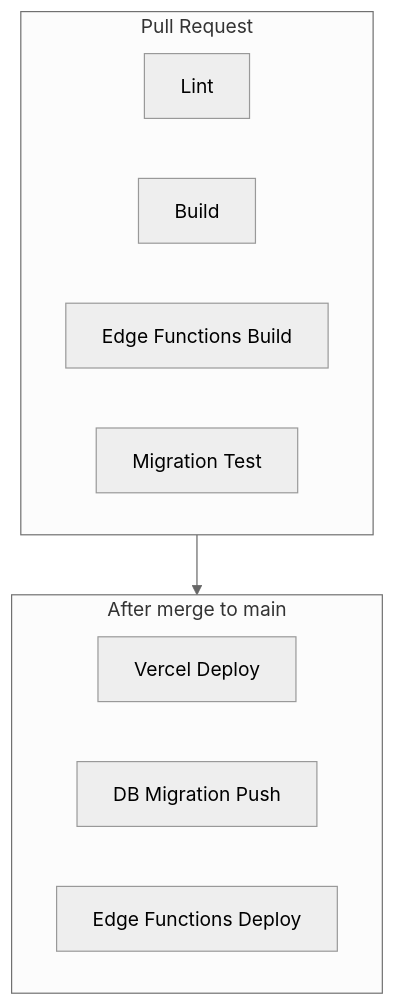
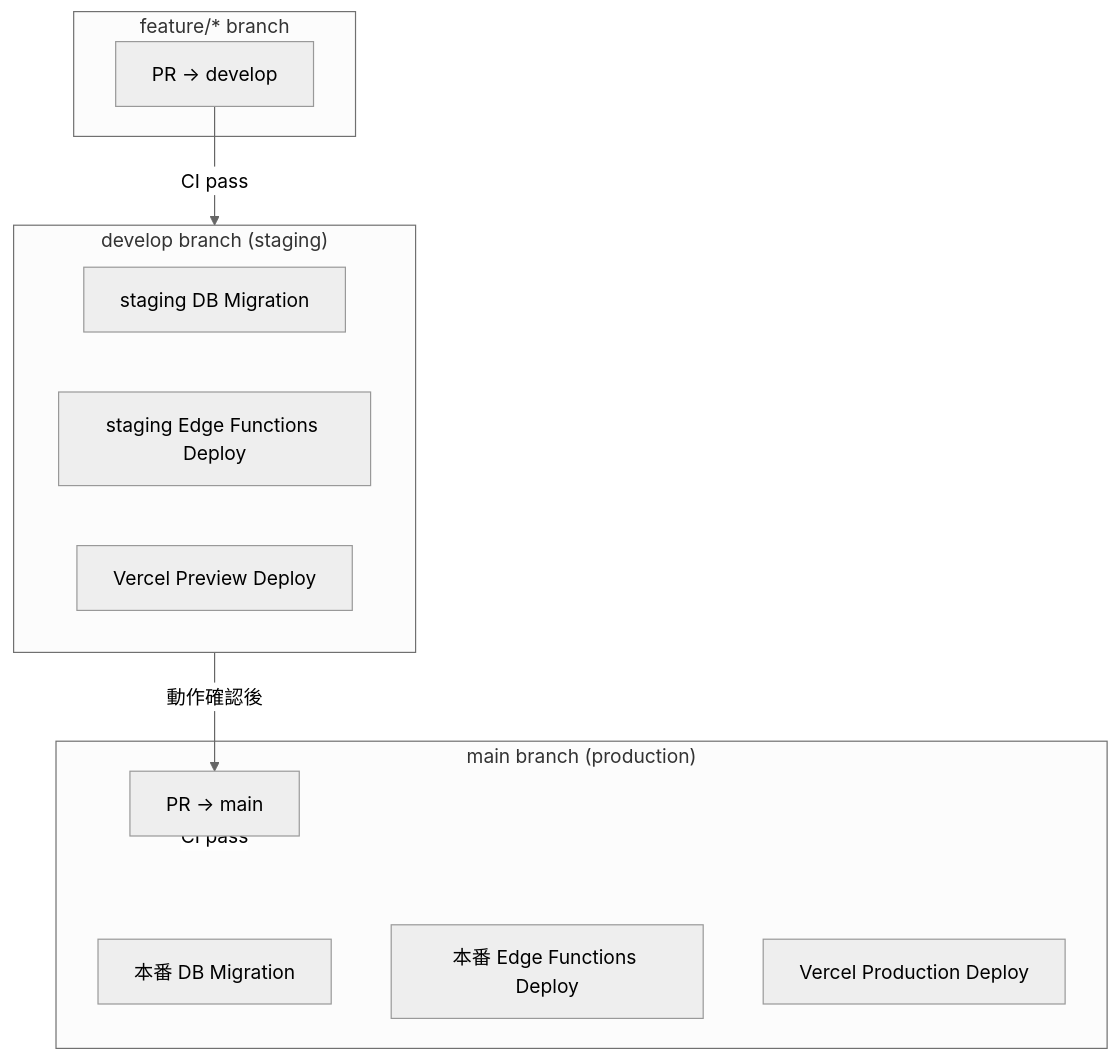
Diagram 11 of 11 in docs/ARCHITECTURE.md (mktu/recipe-app), drawn with Mermaid (neutral theme) before and after one commit. The commit also changed other lines of this file and 5 other files, not shown here.

````diff
--- a/docs/ARCHITECTURE.md
+++ b/docs/ARCHITECTURE.md
@@ -552,17 +570,23 @@
 ```mermaid
 graph TB
-    subgraph PR["Pull Request"]
-        Lint["Lint"]
-        Build["Build"]
-        FuncBuild["Edge Functions Build"]
-        MigTest["Migration Test"]
+    subgraph Feature["feature/* branch"]
+        PR_Dev["PR → develop"]
     end
 
-    subgraph Merge["After merge to main"]
-        Deploy["Vercel Deploy"]
-        MigPush["DB Migration Push"]
-        FuncDeploy["Edge Functions Deploy"]
+    subgraph Develop["develop branch (staging)"]
+        StagingMig["staging DB Migration"]
+        StagingFunc["staging Edge Functions Deploy"]
+        StagingVercel["Vercel Preview Deploy"]
     end
 
-    PR --> Merge
+    subgraph Main["main branch (production)"]
+        PR_Main["PR → main"]
+        ProdMig["本番 DB Migration"]
+        ProdFunc["本番 Edge Functions Deploy"]
+        ProdVercel["Vercel Production Deploy"]
+    end
+
+    PR_Dev -->|CI pass| Develop
+    Develop -->|動作確認後| PR_Main
+    PR_Main -->|CI pass| Main
 ```
````
